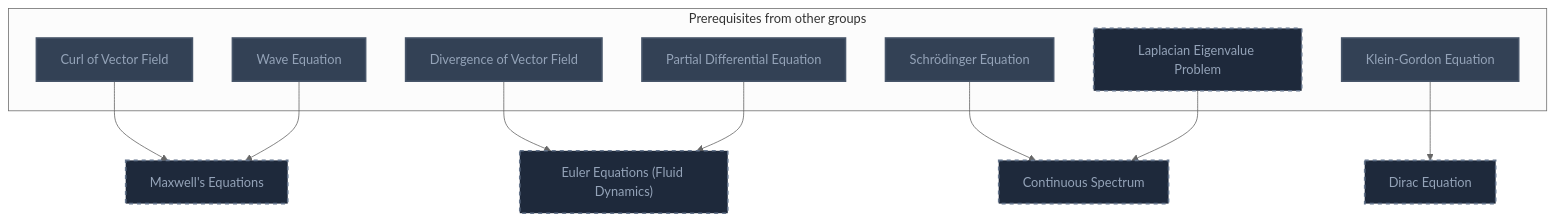
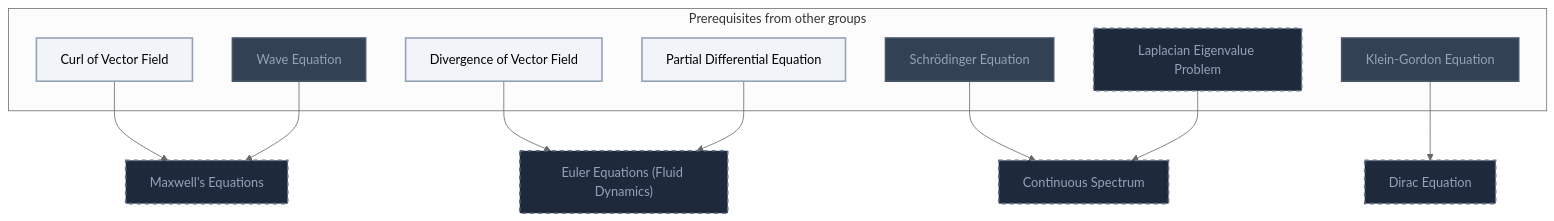
One commit to MRauf1/My-Notes changed diagram 13 of 25 in Gamification/Skill Trees/Partial Differential Equations.md. Above: the diagram before and after it, drawn with Mermaid (neutral theme). The commit also changed other lines of this file and 145 other files, not shown here.

````diff
--- a/Gamification/Skill Trees/Partial Differential Equations.md
+++ b/Gamification/Skill Trees/Partial Differential Equations.md
@@ -795,35 +812,36 @@
 ```mermaid
 flowchart TD
     classDef planned fill:#1E293B,stroke:#64748B,stroke-width:2px,stroke-dasharray:5 5,color:#94A3B8;
     classDef locked fill:#334155,stroke:#475569,stroke-width:2px,color:#94A3B8;
     classDef L0 fill:#F1F5F9,stroke:#94A3B8,stroke-width:2px,color:#000000;
     classDef L1 fill:#22C55E,stroke:#15803D,stroke-width:2px,color:#000000;
     classDef L2 fill:#3B82F6,stroke:#1D4ED8,stroke-width:3px,color:#FFFFFF;
     classDef L3 fill:#A855F7,stroke:#6B21A8,stroke-width:3px,color:#FFFFFF,font-weight:bold;
     classDef L4 fill:#F97316,stroke:#C2410C,stroke-width:4px,color:#000000,font-weight:bold;
     classDef L5 fill:#FFD700,stroke:#FF8C00,stroke-width:5px,color:#000000,font-weight:bold;
     classDef rusty stroke:#8B4513,stroke-width:4px,stroke-dasharray:3 3;
     subgraph sg_prereqs["Prerequisites from other groups"]
         n_curl_of_vector_field["Curl of Vector Field"]
         n_wave_equation["Wave Equation"]
         n_divergence_of_vector_field["Divergence of Vector Field"]
         n_partial_differential_equation["Partial Differential Equation"]
         n_schr_dinger_equation["Schrödinger Equation"]
         n_laplacian_eigenvalue_problem["Laplacian Eigenvalue Problem"]
         n_klein_gordon_equation["Klein-Gordon Equation"]
     end
     n_maxwell_s_equations["Maxwell's Equations"]
     n_euler_equations_fluid_dynamics["Euler Equations (Fluid Dynamics)"]
     n_continuous_spectrum["Continuous Spectrum"]
     n_dirac_equation["Dirac Equation"]
     n_curl_of_vector_field --> n_maxwell_s_equations
     n_wave_equation --> n_maxwell_s_equations
     n_divergence_of_vector_field --> n_euler_equations_fluid_dynamics
     n_partial_differential_equation --> n_euler_equations_fluid_dynamics
     n_schr_dinger_equation --> n_continuous_spectrum
     n_laplacian_eigenvalue_problem --> n_continuous_spectrum
     n_klein_gordon_equation --> n_dirac_equation
     class n_laplacian_eigenvalue_problem,n_maxwell_s_equations,n_euler_equations_fluid_dynamics,n_continuous_spectrum,n_dirac_equation planned;
-    class n_curl_of_vector_field,n_wave_equation,n_divergence_of_vector_field,n_partial_differential_equation,n_schr_dinger_equation,n_klein_gordon_equation locked;
+    class n_wave_equation,n_schr_dinger_equation,n_klein_gordon_equation locked;
+    class n_curl_of_vector_field,n_divergence_of_vector_field,n_partial_differential_equation L0;
     class n_curl_of_vector_field,n_wave_equation,n_divergence_of_vector_field,n_partial_differential_equation,n_schr_dinger_equation,n_klein_gordon_equation internal-link;
 ```
````
